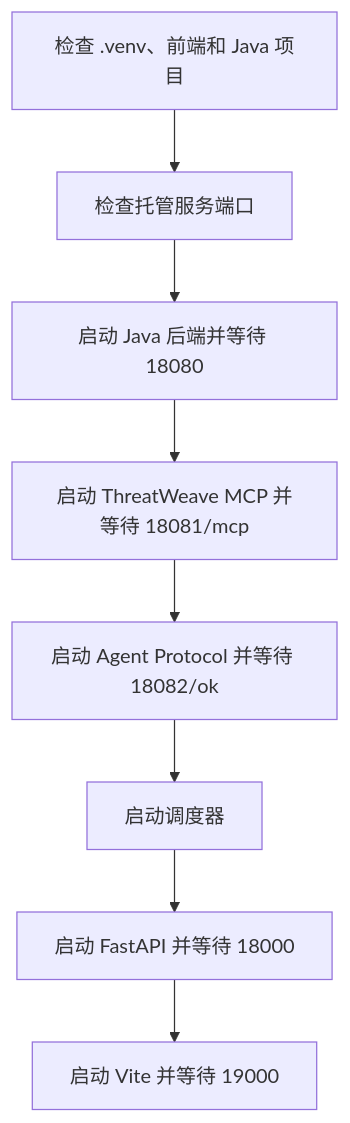
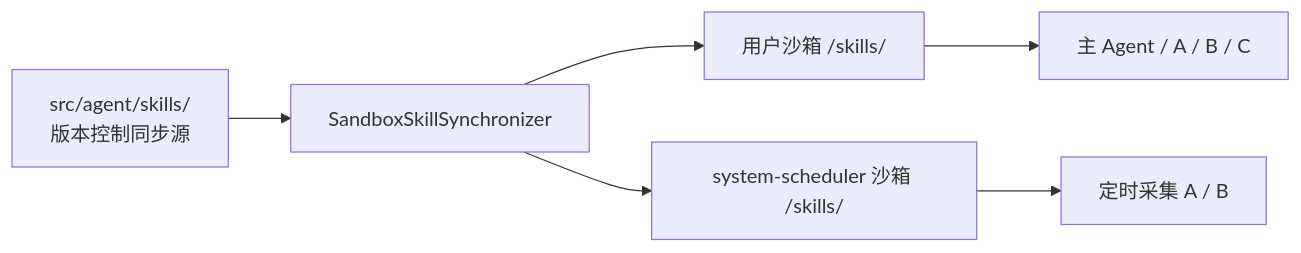
One commit to greenC2h/ThreatWeave changed the sixth of 9 diagrams in doc/PROJECT_DOCUMENTATION.md. Above: the diagram before and after it, drawn with Mermaid. The commit also changed other lines of this file and 3 other files, not shown here.

````diff
--- a/doc/PROJECT_DOCUMENTATION.md
+++ b/doc/PROJECT_DOCUMENTATION.md
@@ -182,10 +406,8 @@
 ```mermaid
-flowchart TD
-    A["检查 .venv、前端和 Java 项目"] --> B["检查托管服务端口"]
-    B --> C["启动 Java 后端并等待 18080"]
-    C --> D["启动 ThreatWeave MCP 并等待 18081/mcp"]
-    D --> E["启动 Agent Protocol 并等待 18082/ok"]
-    E --> F["启动调度器"]
-    F --> G["启动 FastAPI 并等待 18000"]
-    G --> H["启动 Vite 并等待 19000"]
+flowchart LR
+    REPO["src/agent/skills/<br/>版本控制同步源"] --> SYNC["SandboxSkillSynchronizer"]
+    SYNC --> USER["用户沙箱 /skills/"]
+    SYNC --> SYSTEM["system-scheduler 沙箱 /skills/"]
+    USER --> MAIN["主 Agent / A / B / C"]
+    SYSTEM --> SCHED["定时采集 A / B"]
 ```
````
